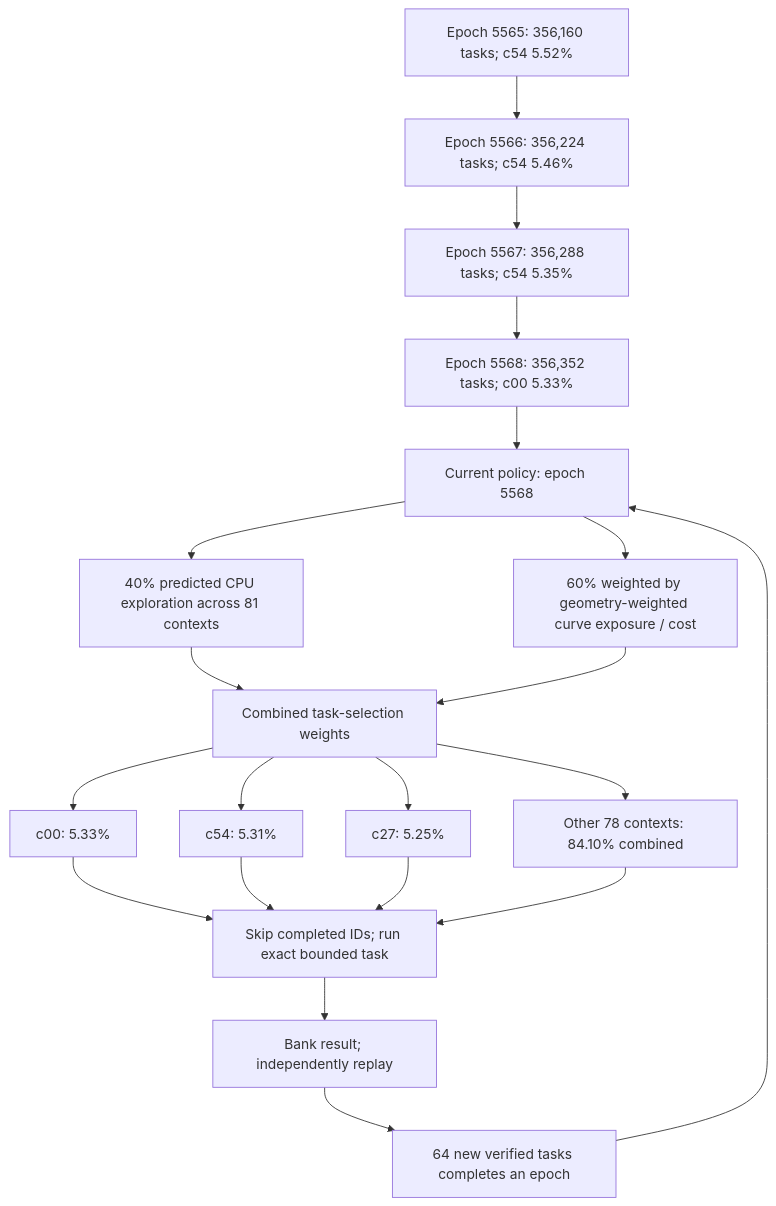
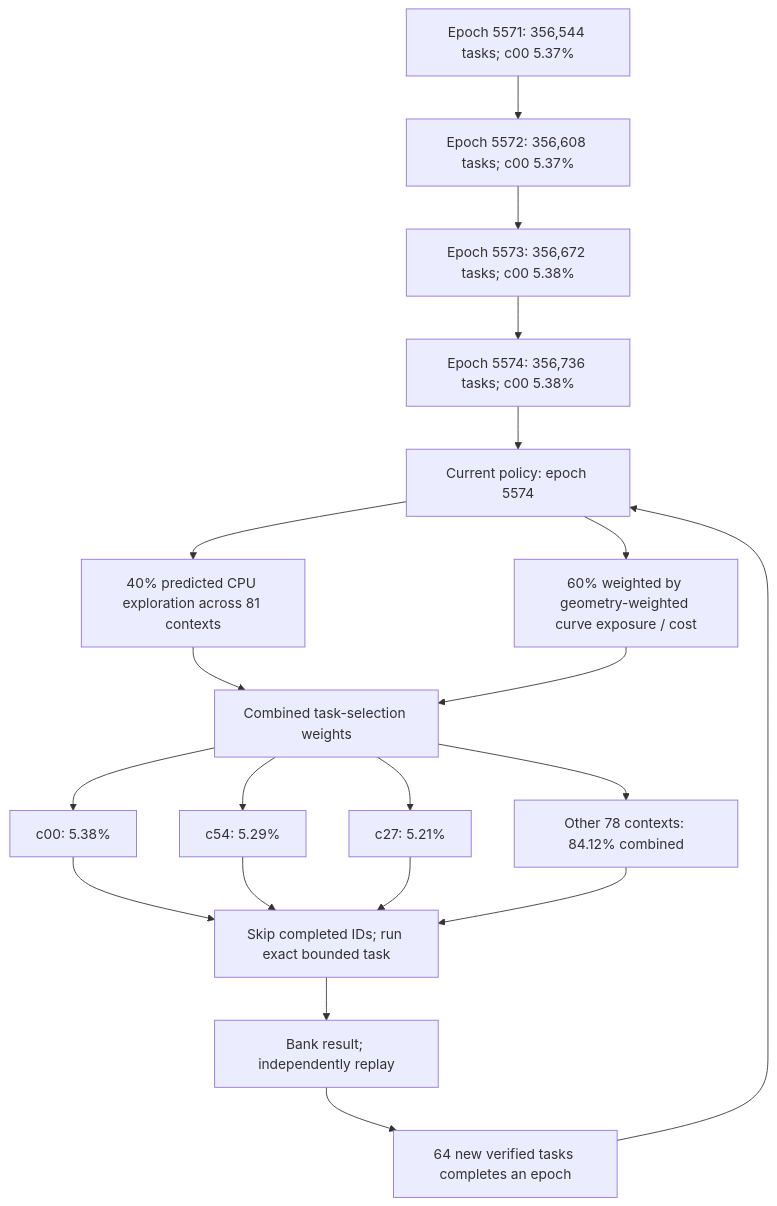
The first of 3 diagrams in README.md (Kuberwastaken/math-gambling), drawn with Mermaid before and after one commit. The commit also changed other lines of this file and 1230 other files, not shown here.

````diff
--- a/README.md
+++ b/README.md
@@ -60,27 +60,27 @@
 ```mermaid
 flowchart TD
-    H0["Epoch 5565: 356,160 tasks; c54 5.52%"]
-    H1["Epoch 5566: 356,224 tasks; c54 5.46%"]
+    H0["Epoch 5571: 356,544 tasks; c00 5.37%"]
+    H1["Epoch 5572: 356,608 tasks; c00 5.37%"]
     H0 --> H1
-    H2["Epoch 5567: 356,288 tasks; c54 5.35%"]
+    H2["Epoch 5573: 356,672 tasks; c00 5.38%"]
     H1 --> H2
-    H3["Epoch 5568: 356,352 tasks; c00 5.33%"]
+    H3["Epoch 5574: 356,736 tasks; c00 5.38%"]
     H2 --> H3
-    Policy["Current policy: epoch 5568"]
+    Policy["Current policy: epoch 5574"]
     H3 --> Policy
     Policy --> Explore["40% predicted CPU exploration across 81 contexts"]
     Policy --> Cost["60% weighted by geometry-weighted curve exposure / cost"]
     Explore --> Mix["Combined task-selection weights"]
     Cost --> Mix
-    Mix --> C0["c00: 5.33%"]
-    Mix --> C1["c54: 5.31%"]
-    Mix --> C2["c27: 5.25%"]
-    Mix --> Rest["Other 78 contexts: 84.10% combined"]
+    Mix --> C0["c00: 5.38%"]
+    Mix --> C1["c54: 5.29%"]
+    Mix --> C2["c27: 5.21%"]
+    Mix --> Rest["Other 78 contexts: 84.12% combined"]
     C0 --> Check["Skip completed IDs; run exact bounded task"]
     C1 --> Check
     C2 --> Check
     Rest --> Check
     Check --> Replay["Bank result; independently replay"]
     Replay --> Gate["64 new verified tasks completes an epoch"]
     Gate --> Policy
 ```
````
